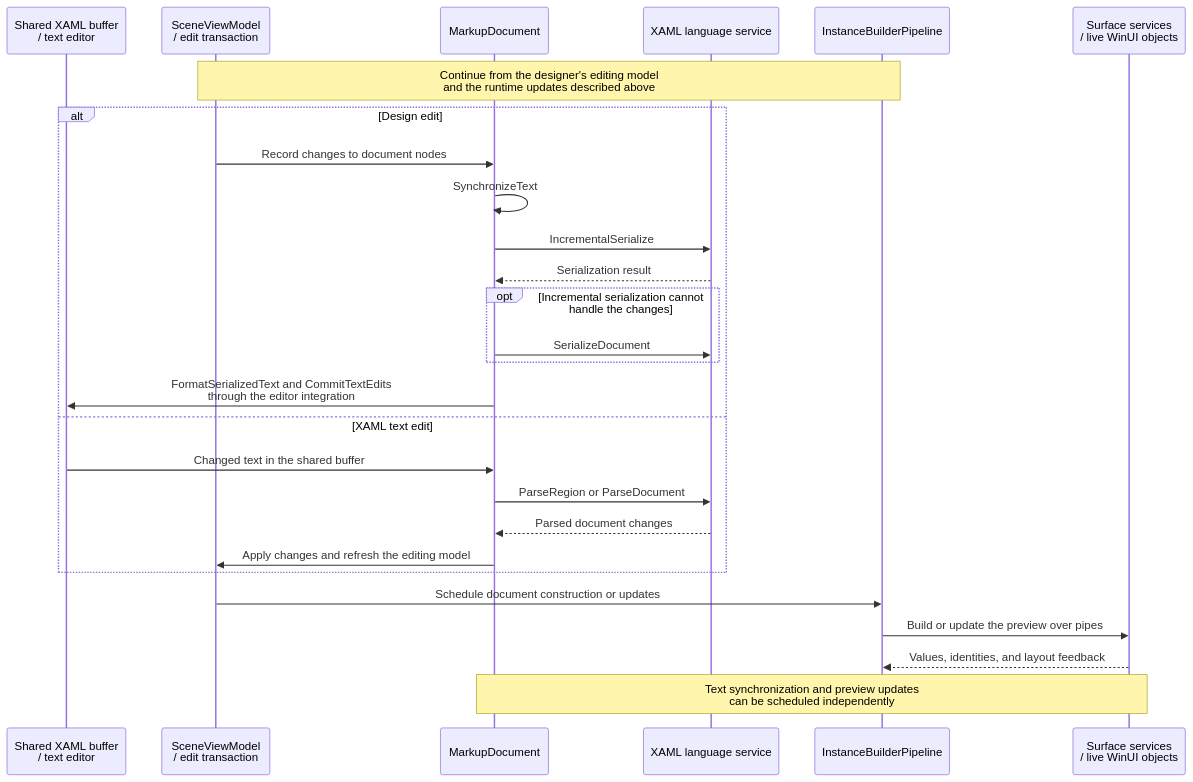
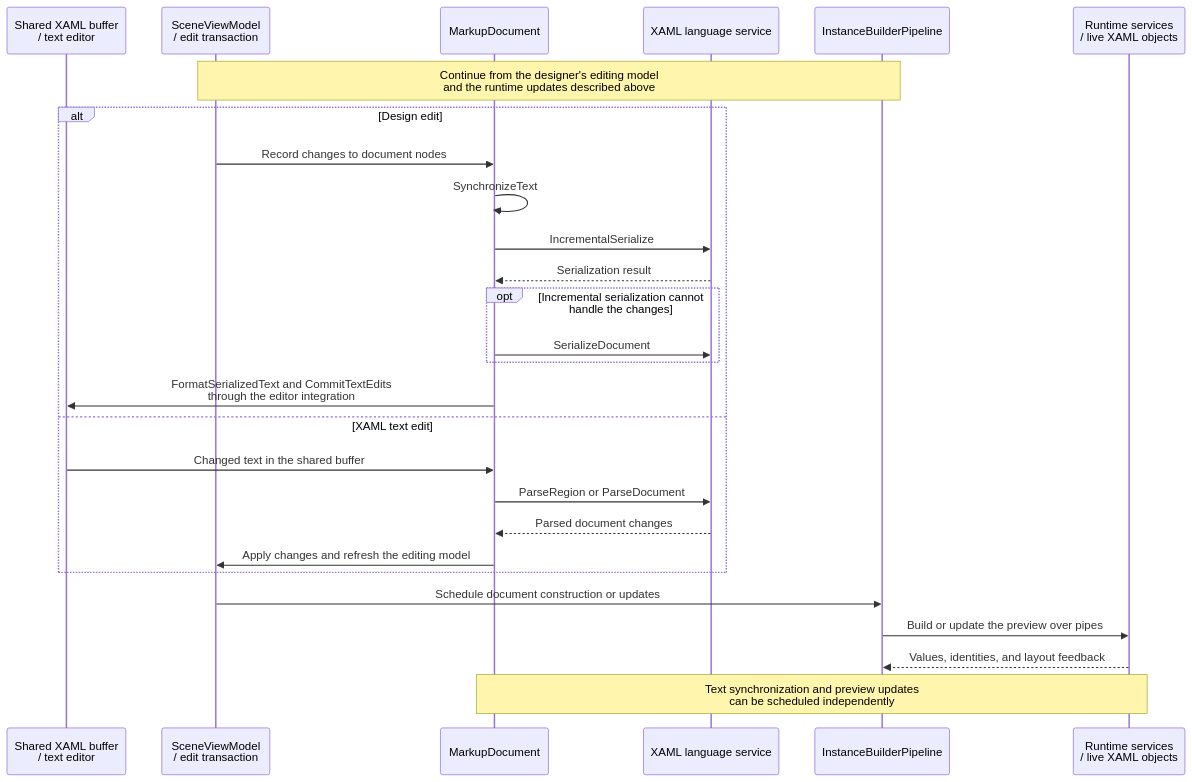
One commit to 0x5bfa/WinUIDesigner changed the seventh of 7 diagrams in docs/architecture.md. Above: the diagram before and after it, drawn with Mermaid. The commit also changed other lines of this file and 3 other files, not shown here.

````diff
--- a/docs/architecture.md
+++ b/docs/architecture.md
@@ -420,29 +320,29 @@
 ```mermaid
 sequenceDiagram
     participant Text as Shared XAML buffer<br/>/ text editor
     participant Model as SceneViewModel<br/>/ edit transaction
     participant Markup as MarkupDocument
     participant Language as XAML language service
     participant Pipeline as InstanceBuilderPipeline
-    participant Surface as Surface services<br/>/ live WinUI objects
+    participant Surface as Runtime services<br/>/ live XAML objects
     Note over Model,Pipeline: Continue from the designer's editing model<br/>and the runtime updates described above
     alt Design edit
         Model->>Markup: Record changes to document nodes
         Markup->>Markup: SynchronizeText
         Markup->>Language: IncrementalSerialize
         Language-->>Markup: Serialization result
         opt Incremental serialization cannot handle the changes
             Markup->>Language: SerializeDocument
         end
         Markup->>Text: FormatSerializedText and CommitTextEdits<br/>through the editor integration
     else XAML text edit
         Text->>Markup: Changed text in the shared buffer
         Markup->>Language: ParseRegion or ParseDocument
         Language-->>Markup: Parsed document changes
         Markup->>Model: Apply changes and refresh the editing model
     end
     Model->>Pipeline: Schedule document construction or updates
     Pipeline->>Surface: Build or update the preview over pipes
     Surface-->>Pipeline: Values, identities, and layout feedback
     Note over Markup,Surface: Text synchronization and preview updates<br/>can be scheduled independently
 ```
````
